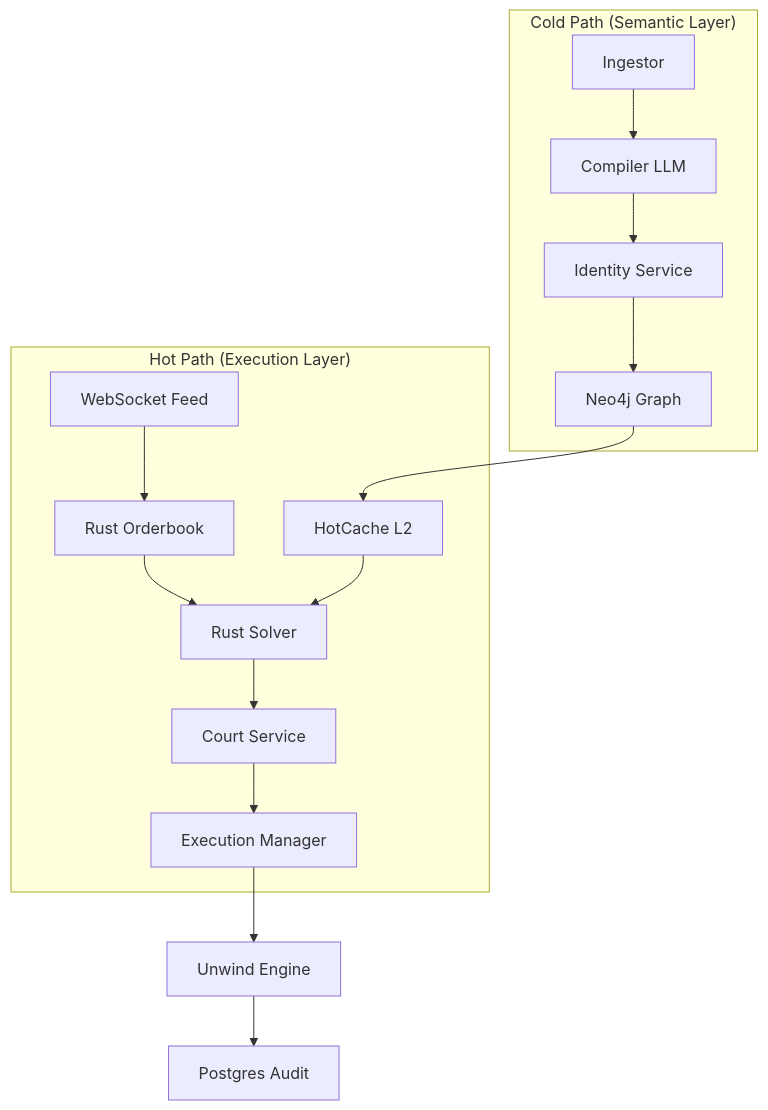
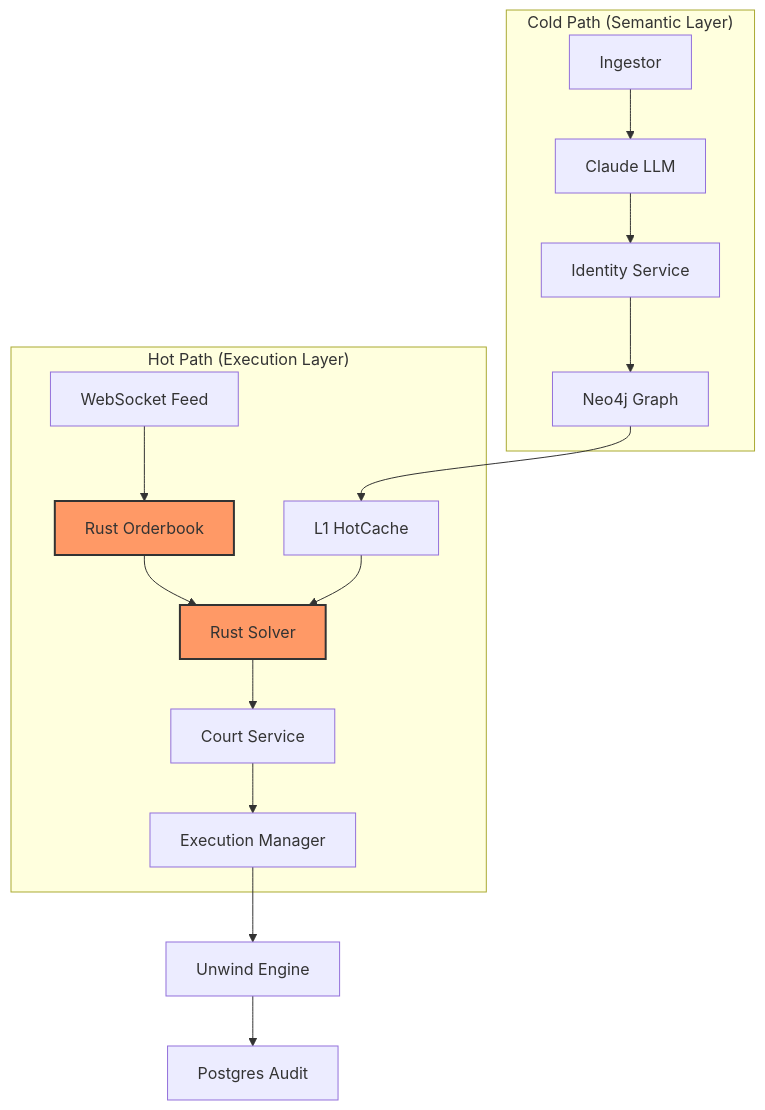
One commit to 3n1gm496/parallax changed the diagram in README.md. Above: the diagram before and after it, drawn with Mermaid. The commit also changed other lines of this file and 116 other files, not shown here.

````diff
--- a/README.md
+++ b/README.md
@@ -20,20 +30,23 @@
 ```mermaid
 graph TD
     subgraph "Cold Path (Semantic Layer)"
-        A[Ingestor] --> B[Compiler LLM]
+        A[Ingestor] --> B[Claude LLM]
         B --> C[Identity Service]
         C --> D[Neo4j Graph]
     end
 
     subgraph "Hot Path (Execution Layer)"
-        D --> E[HotCache L2]
+        D --> E[L1 HotCache]
         F[WebSocket Feed] --> G[Rust Orderbook]
         G --> H[Rust Solver]
         E --> H
         H --> I[Court Service]
         I --> J[Execution Manager]
     end
 
     J --> K[Unwind Engine]
     K --> L[Postgres Audit]
+    
+    style G fill:#f96,stroke:#333,stroke-width:2px
+    style H fill:#f96,stroke:#333,stroke-width:2px
 ```
````
